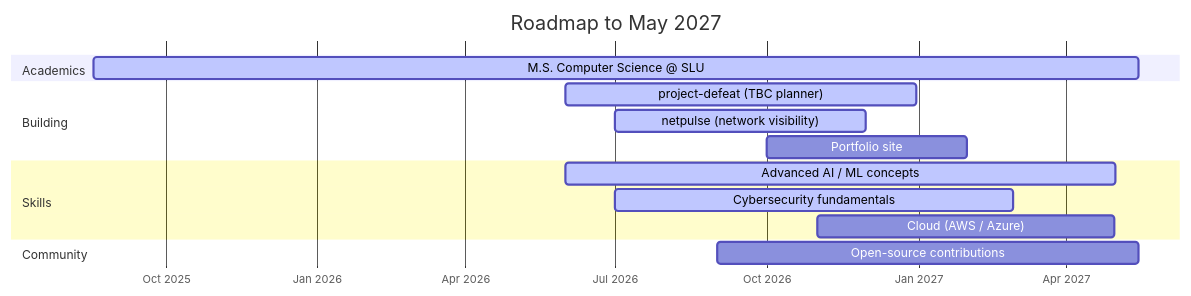
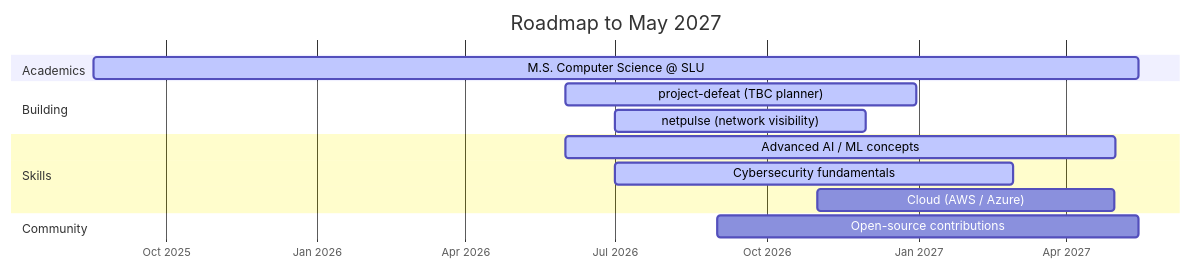
Before and after one commit to josephevenson08/josephevenson08: the diagram in README.md, drawn with Mermaid. The commit also changed other lines of this file, not shown here.

````diff
--- a/README.md
+++ b/README.md
@@ -140,23 +121,22 @@
 ```mermaid
 gantt
     title Roadmap to May 2027
     dateFormat YYYY-MM-DD
     axisFormat %b %Y
     todayMarker stroke-width:3px,stroke:#7aa2f7
 
     section Academics
     M.S. Computer Science @ SLU      :active, sch, 2025-08-18, 2027-05-15
 
     section Building
     project-defeat (TBC planner)     :active, pd,  2026-06-01, 2026-12-31
     netpulse (network visibility)    :active, np,  2026-07-01, 2026-11-30
-    Portfolio site                   :         pf,  2026-10-01, 2027-01-31
 
     section Skills
     Advanced AI / ML concepts        :active, ai,  2026-06-01, 2027-05-01
     Cybersecurity fundamentals       :active, sec, 2026-07-01, 2027-02-28
     Cloud (AWS / Azure)              :         cld, 2026-11-01, 2027-04-30
 
     section Community
     Open-source contributions        :         oss, 2026-09-01, 2027-05-15
 ```
````
